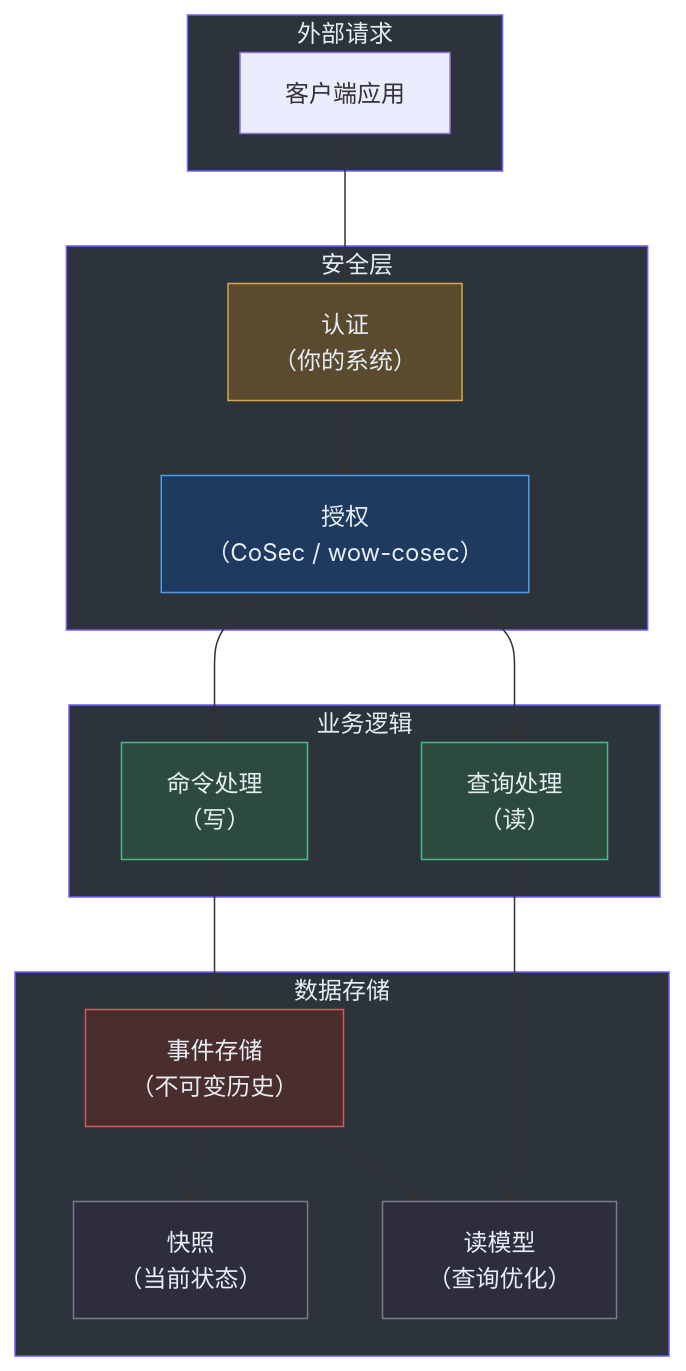
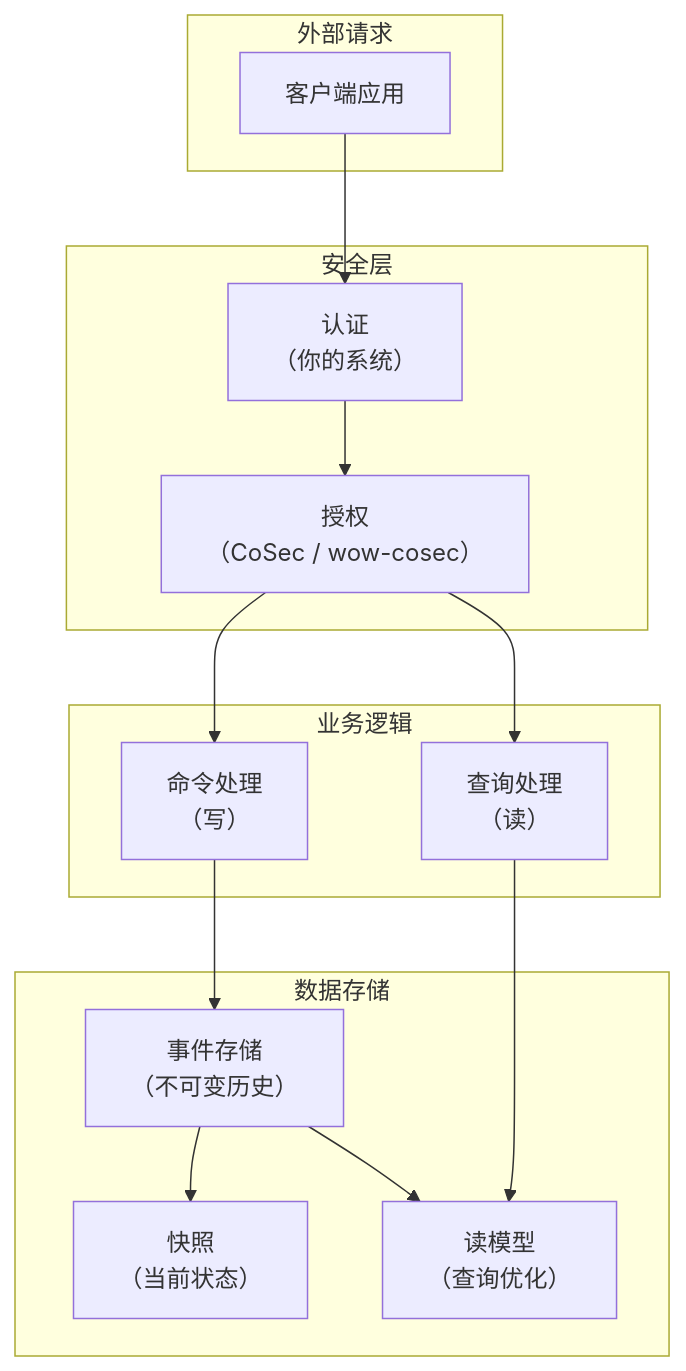
One commit to Ahoo-Wang/Wow changed the fifth of 5 diagrams in documentation/docs/zh/onboarding/product-manager-guide.md. Above: the diagram before and after it, drawn with Mermaid. The commit also changed other lines of this file and 32 other files, not shown here.

Commit message:
docs: remove unsupported style/classDef directives from stateDiagram-v2 Mermaid blocks

````diff
--- a/documentation/docs/zh/onboarding/product-manager-guide.md
+++ b/documentation/docs/zh/onboarding/product-manager-guide.md
@@ -343,43 +308,32 @@
 ```mermaid
 flowchart TB
     subgraph External["外部请求"]
         Client["客户端应用"]
     end
 
     subgraph Security["安全层"]
         AuthN["认证<br>（你的系统）"]
         AuthZ["授权<br>（CoSec / wow-cosec）"]
     end
 
     subgraph Business["业务逻辑"]
         Commands["命令处理<br>（写）"]
         Queries["查询处理<br>（读）"]
     end
 
     subgraph Storage["数据存储"]
         Events["事件存储<br>（不可变历史）"]
         Snapshots["快照<br>（当前状态）"]
         ReadDB["读模型<br>（查询优化）"]
     end
 
     Client --> AuthN
     AuthN --> AuthZ
     AuthZ --> Commands
     AuthZ --> Queries
     Commands --> Events
     Events --> Snapshots
     Events --> ReadDB
     Queries --> ReadDB
 
-    style External fill:#2d333b,stroke:#6d5dfc,color:#e6edf3
-    style Security fill:#2d333b,stroke:#6d5dfc,color:#e6edf3
-    style Business fill:#2d333b,stroke:#6d5dfc,color:#e6edf3
-    style Storage fill:#2d333b,stroke:#6d5dfc,color:#e6edf3
-    style AuthN fill:#5a4a2e,stroke:#d4a84b,color:#e6edf3
-    style AuthZ fill:#1e3a5f,stroke:#4a9eed,color:#e6edf3
-    style Commands fill:#2d4a3e,stroke:#4aba8a,color:#e6edf3
-    style Queries fill:#2d4a3e,stroke:#4aba8a,color:#e6edf3
-    style Events fill:#4a2e2e,stroke:#d45b5b,color:#e6edf3
-    style Snapshots fill:#2d2d3d,stroke:#7a7a8a,color:#e6edf3
-    style ReadDB fill:#2d2d3d,stroke:#7a7a8a,color:#e6edf3
 ```
````
